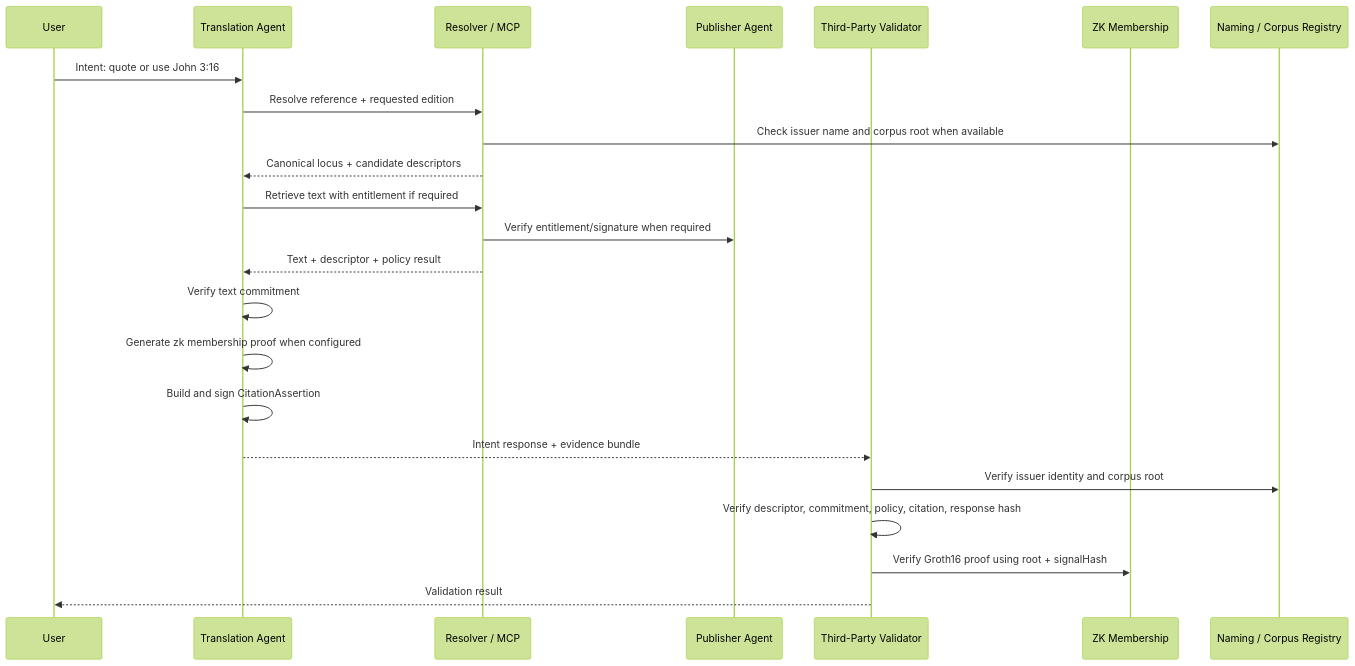
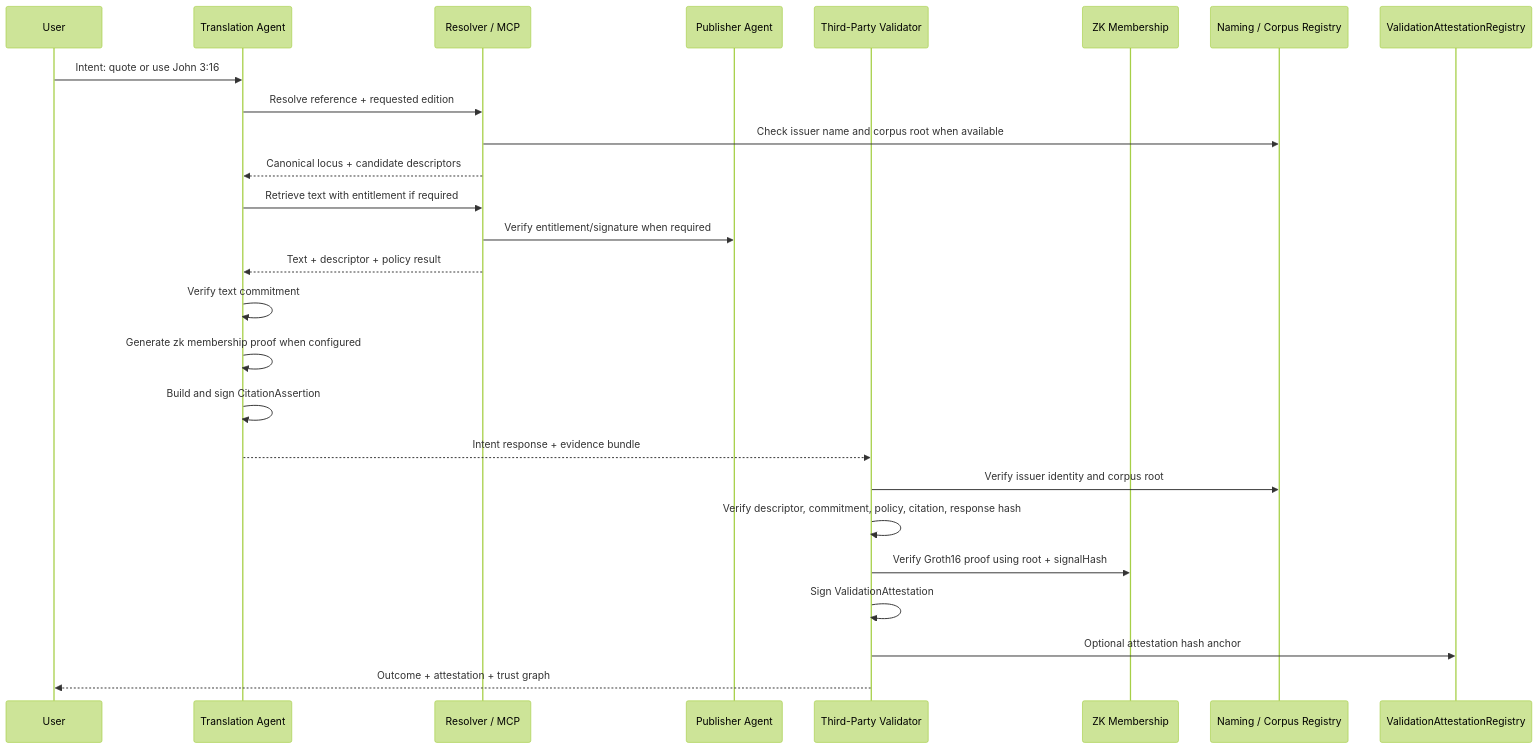
Before and after one commit to rpedersen3/verifiable-content-demo: the second of 4 diagrams in documents/agentic-trust-technical-description.md, drawn with Mermaid (forest theme). The commit also changed other lines of this file and 13 other files, not shown here.

````diff
--- a/documents/agentic-trust-technical-description.md
+++ b/documents/agentic-trust-technical-description.md
@@ -69,26 +78,29 @@
 ```mermaid
 sequenceDiagram
   participant User
   participant Agent as Translation Agent
   participant MCP as Resolver / MCP
   participant Issuer as Publisher Agent
   participant Validator as Third-Party Validator
   participant ZK as ZK Membership
   participant Registry as Naming / Corpus Registry
+  participant Attest as ValidationAttestationRegistry
 
   User->>Agent: Intent: quote or use John 3:16
   Agent->>MCP: Resolve reference + requested edition
   MCP->>Registry: Check issuer name and corpus root when available
   MCP-->>Agent: Canonical locus + candidate descriptors
   Agent->>MCP: Retrieve text with entitlement if required
   MCP->>Issuer: Verify entitlement/signature when required
   MCP-->>Agent: Text + descriptor + policy result
   Agent->>Agent: Verify text commitment
   Agent->>Agent: Generate zk membership proof when configured
   Agent->>Agent: Build and sign CitationAssertion
   Agent-->>Validator: Intent response + evidence bundle
   Validator->>Registry: Verify issuer identity and corpus root
   Validator->>Validator: Verify descriptor, commitment, policy, citation, response hash
   Validator->>ZK: Verify Groth16 proof using root + signalHash
-  Validator-->>User: Validation result
+  Validator->>Validator: Sign ValidationAttestation
+  Validator->>Attest: Optional attestation hash anchor
+  Validator-->>User: Outcome + attestation + trust graph
 ```
````
